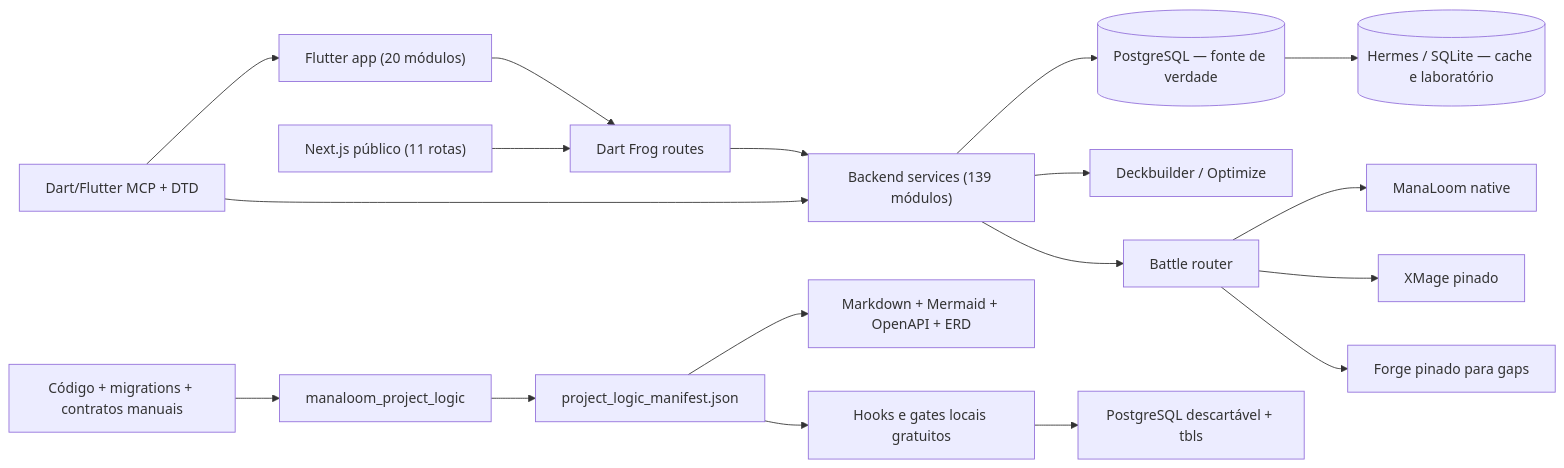
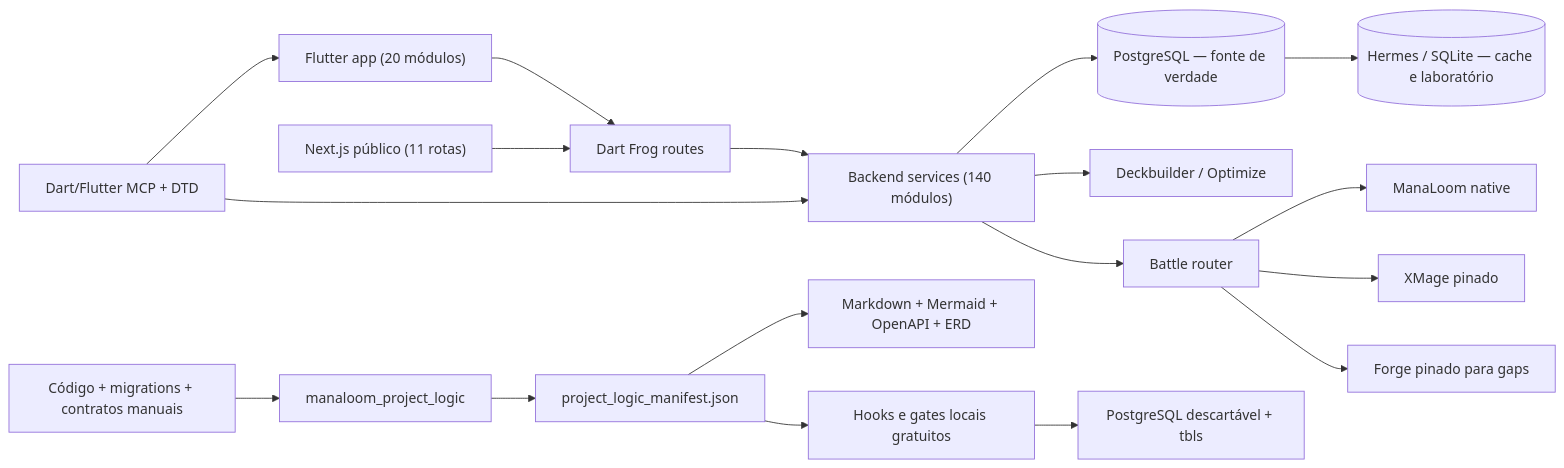
One commit to softwarePredador/mtgia changed the diagram in docs/generated/ARCHITECTURE.md. Above: the diagram before and after it, drawn with Mermaid. The commit also changed 18 other files, not shown here.

````diff
--- a/docs/generated/ARCHITECTURE.md
+++ b/docs/generated/ARCHITECTURE.md
@@ -5,20 +5,20 @@
 ```mermaid
 flowchart LR
     UI["Flutter app (20 módulos)"] --> API["Dart Frog routes"]
     WEB["Next.js público (11 rotas)"] --> API
-    API --> DOMAIN["Backend services (139 módulos)"]
+    API --> DOMAIN["Backend services (140 módulos)"]
     DOMAIN --> PG[("PostgreSQL — fonte de verdade")]
     DOMAIN --> AI["Deckbuilder / Optimize"]
     DOMAIN --> BATTLE["Battle router"]
     BATTLE --> NATIVE["ManaLoom native"]
     BATTLE --> XMAGE["XMage pinado"]
     BATTLE --> FORGE["Forge pinado para gaps"]
     PG --> HERMES[("Hermes / SQLite — cache e laboratório")]
     SRC["Código + migrations + contratos manuais"] --> GEN["manaloom_project_logic"]
     GEN --> MANIFEST["project_logic_manifest.json"]
     MANIFEST --> DOCS["Markdown + Mermaid + OpenAPI + ERD"]
     MANIFEST --> LOCAL["Hooks e gates locais gratuitos"]
     LOCAL --> TBLS["PostgreSQL descartável + tbls"]
     MCP["Dart/Flutter MCP + DTD"] --> UI
     MCP --> DOMAIN
 ```
````
